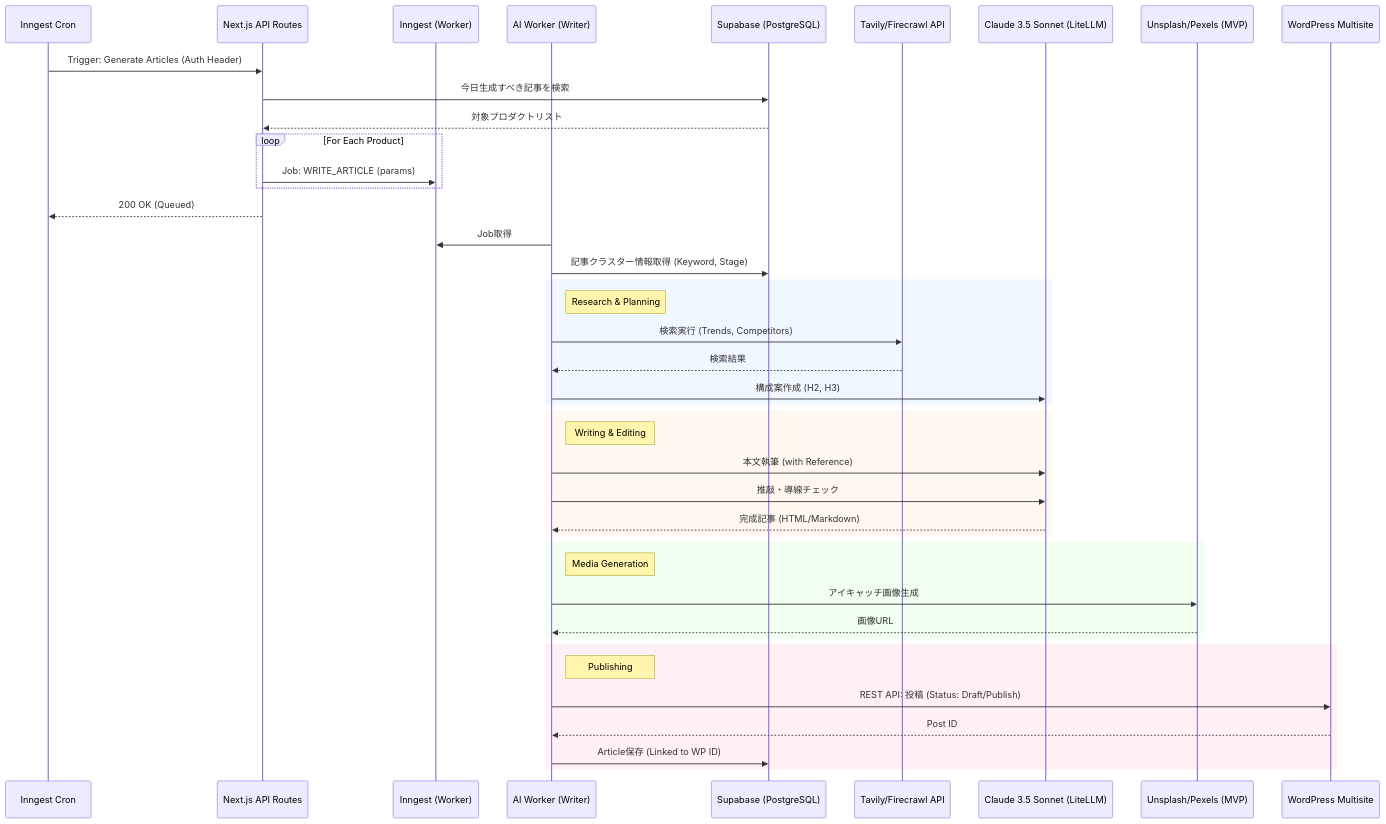
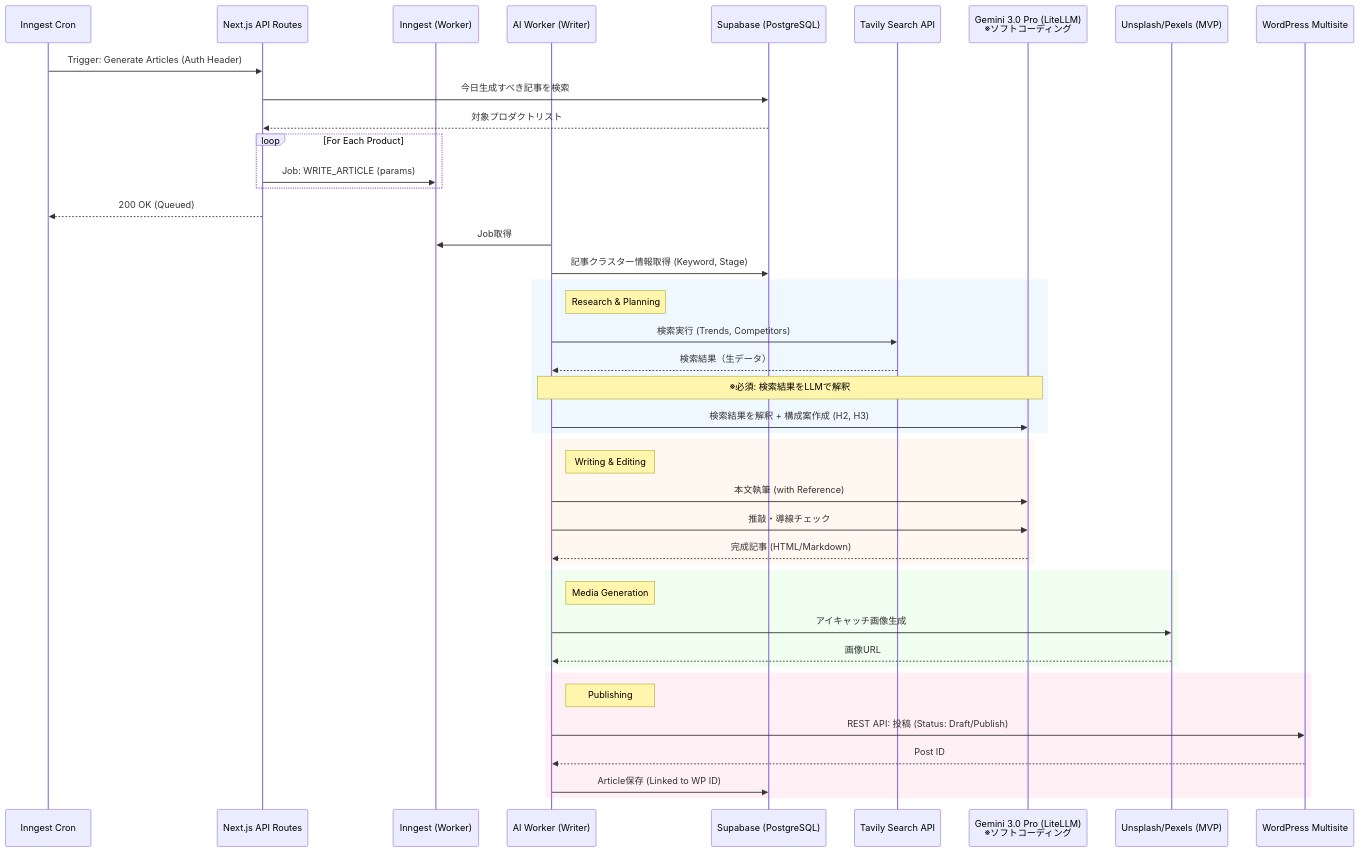
Before and after one commit to nakia73/AutoWordPress: the second of 2 diagrams in docs/architecture/05_Sequence_Diagrams.md, drawn with Mermaid. The commit also changed other lines of this file and 5 other files, not shown here.

````diff
--- a/docs/architecture/05_Sequence_Diagrams.md
+++ b/docs/architecture/05_Sequence_Diagrams.md
@@ -65,52 +102,53 @@
 ```mermaid
 sequenceDiagram
     participant Scheduler as Inngest Cron
     participant NextAPI as Next.js API Routes
     participant Inngest as Inngest (Worker)
     participant Writer as AI Worker (Writer)
     participant DB as Supabase (PostgreSQL)
-    participant Search as Tavily/Firecrawl API
-    participant LLM as Claude 3.5 Sonnet (LiteLLM)
+    participant Tavily as Tavily Search API
+    participant LLM as Gemini 3.0 Pro (LiteLLM)<br/>※ソフトコーディング
     participant ImageGen as Unsplash/Pexels (MVP)
     participant UserWP as WordPress Multisite
 
     Scheduler->>NextAPI: Trigger: Generate Articles (Auth Header)
     NextAPI->>DB: 今日生成すべき記事を検索
     DB-->>NextAPI: 対象プロダクトリスト
 
     loop For Each Product
         NextAPI->>Inngest: Job: WRITE_ARTICLE (params)
     end
 
     NextAPI-->>Scheduler: 200 OK (Queued)
 
     Writer->>Inngest: Job取得
     Writer->>DB: 記事クラスター情報取得 (Keyword, Stage)
 
     rect rgb(240, 248, 255)
         note right of Writer: Research & Planning
-        Writer->>Search: 検索実行 (Trends, Competitors)
-        Search-->>Writer: 検索結果
-        Writer->>LLM: 構成案作成 (H2, H3)
+        Writer->>Tavily: 検索実行 (Trends, Competitors)
+        Tavily-->>Writer: 検索結果（生データ）
+        Note over Writer,LLM: ※必須: 検索結果をLLMで解釈
+        Writer->>LLM: 検索結果を解釈 + 構成案作成 (H2, H3)
     end
 
     rect rgb(255, 248, 240)
         note right of Writer: Writing & Editing
         Writer->>LLM: 本文執筆 (with Reference)
         Writer->>LLM: 推敲・導線チェック
         LLM-->>Writer: 完成記事 (HTML/Markdown)
     end
 
     rect rgb(240, 255, 240)
         note right of Writer: Media Generation
         Writer->>ImageGen: アイキャッチ画像生成
         ImageGen-->>Writer: 画像URL
     end
 
     rect rgb(255, 240, 245)
         note right of Writer: Publishing
         Writer->>UserWP: REST API: 投稿 (Status: Draft/Publish)
         UserWP-->>Writer: Post ID
         Writer->>DB: Article保存 (Linked to WP ID)
     end
 ```
````
